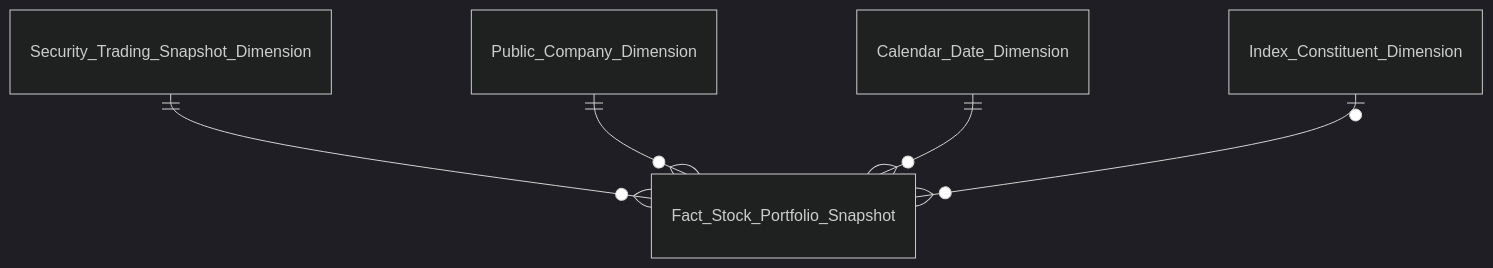
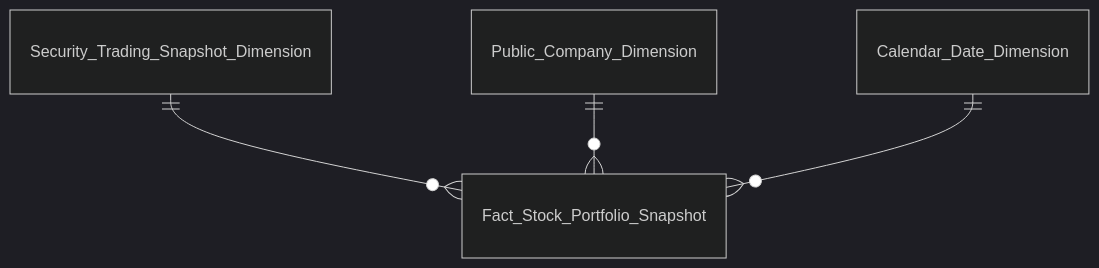
Before and after one commit to linhlvit/ubck_atomic_design: the first of 7 diagrams in Datamart/hld/DTM_GSTT_Entities.md, drawn with Mermaid (dark theme). The commit also changed other lines of this file and 13 other files, not shown here.

Commit message:
feat(datamart): cap nhat thiet ke GSTT & GSDC - them fct_index_constituent_snpst, flat tables va detail mapping

````diff
--- a/Datamart/hld/DTM_GSTT_Entities.md
+++ b/Datamart/hld/DTM_GSTT_Entities.md
@@ -14,7 +17,6 @@
 ```mermaid
 erDiagram
     Security_Trading_Snapshot_Dimension ||--o{ Fact_Stock_Portfolio_Snapshot : " "
     Public_Company_Dimension ||--o{ Fact_Stock_Portfolio_Snapshot : " "
     Calendar_Date_Dimension ||--o{ Fact_Stock_Portfolio_Snapshot : " "
-    Index_Constituent_Dimension |o--o{ Fact_Stock_Portfolio_Snapshot : " "
 ```
````
